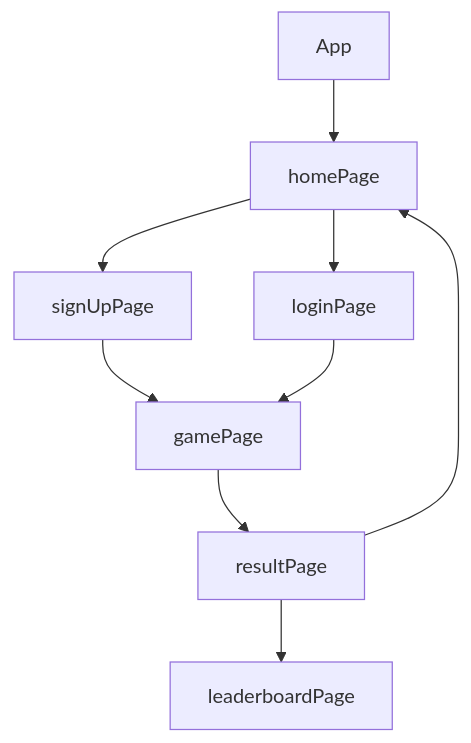
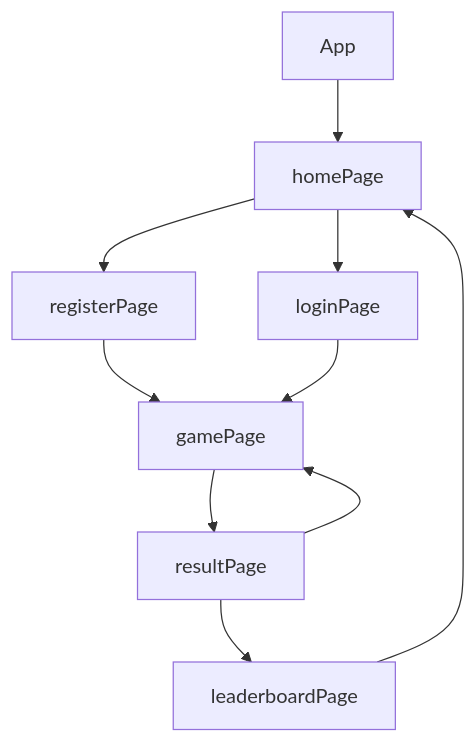
The diagram in README.md (ninja-mono1696/wild-times), drawn with Mermaid before and after one commit.

Commit message:
fw19_0306: Updated the readme

````diff
--- a/README.md
+++ b/README.md
@@ -104,12 +104,14 @@
 ```mermaid
 graph TD;
     App-->homePage
-    homePage-->signUpPage;
+    homePage-->registerPage;
     homePage-->loginPage;
-    signUpPage-->gamePage;
+    registerPage-->gamePage;
     loginPage-->gamePage;
     gamePage-->resultPage
+    resultPage-->gamePage
     resultPage-->leaderboardPage
-    resultPage-->homePage
+    leaderboardPage-->homePage
+
 
 ```
````
